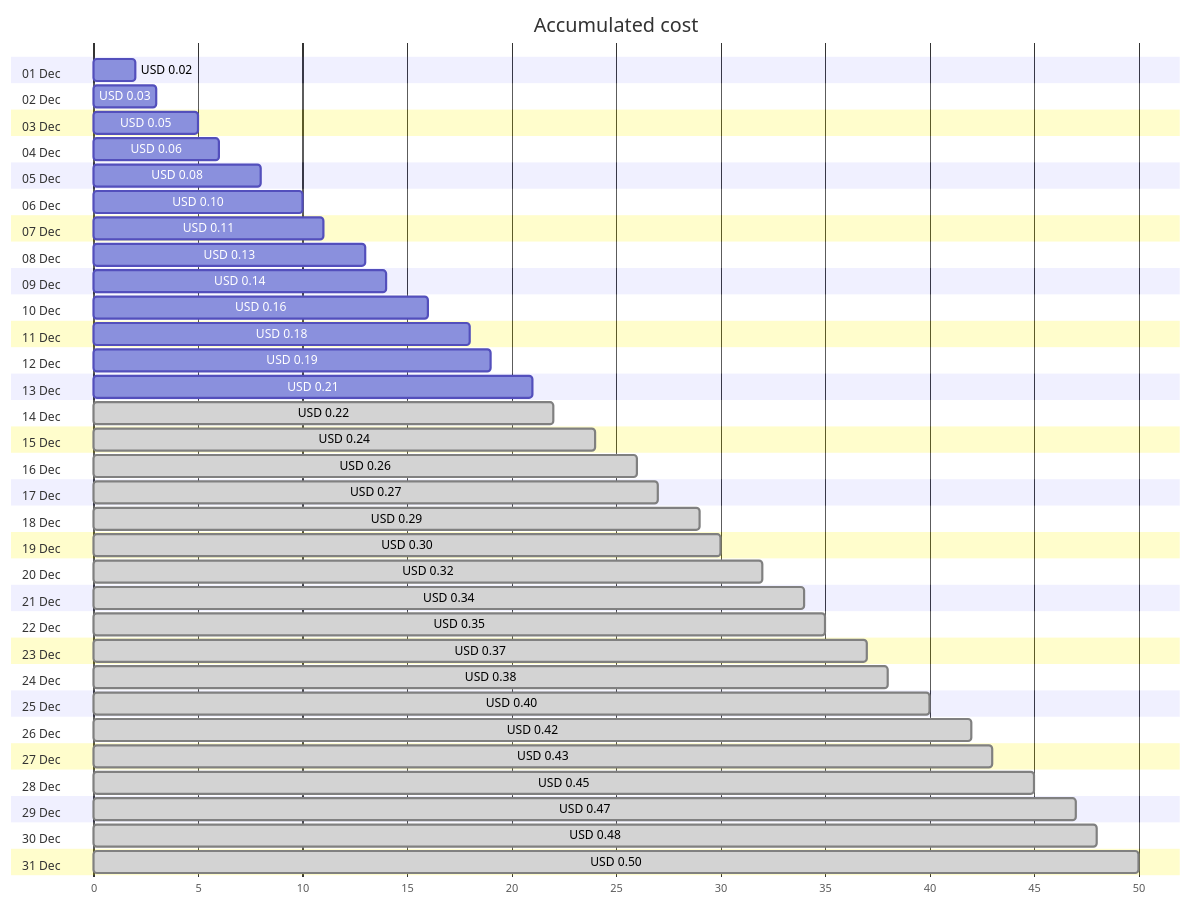
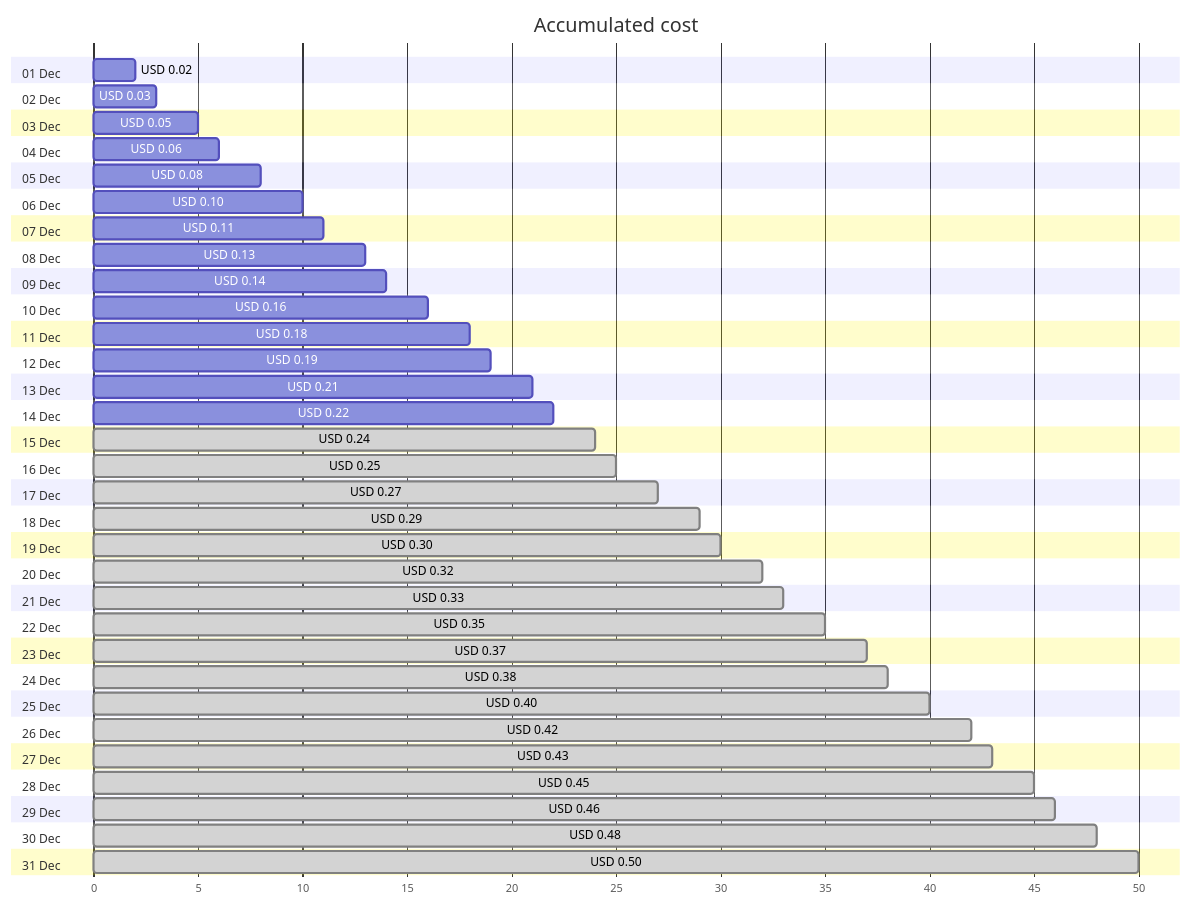
One commit to jpfulton/azure-personal-reports changed the first of 4 diagrams in cost-reports/personal-network/private.jpatrickfulton.com.md. Above: the diagram before and after it, drawn with Mermaid. The commit also changed other lines of this file and 8 other files, not shown here.

````diff
--- a/cost-reports/personal-network/private.jpatrickfulton.com.md
+++ b/cost-reports/personal-network/private.jpatrickfulton.com.md
@@ -20,68 +20,68 @@
 ```mermaid
 gantt
    title Accumulated cost
    dateFormat  X
    axisFormat %s
    section 01 Dec
    USD 0.02 :0, 2
    section 02 Dec
    USD 0.03 :0, 3
    section 03 Dec
    USD 0.05 :0, 5
    section 04 Dec
    USD 0.06 :0, 6
    section 05 Dec
    USD 0.08 :0, 8
    section 06 Dec
    USD 0.10 :0, 10
    section 07 Dec
    USD 0.11 :0, 11
    section 08 Dec
    USD 0.13 :0, 13
    section 09 Dec
    USD 0.14 :0, 14
    section 10 Dec
    USD 0.16 :0, 16
    section 11 Dec
    USD 0.18 :0, 18
    section 12 Dec
    USD 0.19 :0, 19
    section 13 Dec
    USD 0.21 :0, 21
    section 14 Dec
-   USD 0.22 : done, 0, 22
+   USD 0.22 :0, 22
    section 15 Dec
    USD 0.24 : done, 0, 24
    section 16 Dec
-   USD 0.26 : done, 0, 26
+   USD 0.25 : done, 0, 25
    section 17 Dec
    USD 0.27 : done, 0, 27
    section 18 Dec
    USD 0.29 : done, 0, 29
    section 19 Dec
    USD 0.30 : done, 0, 30
    section 20 Dec
    USD 0.32 : done, 0, 32
    section 21 Dec
-   USD 0.34 : done, 0, 34
+   USD 0.33 : done, 0, 33
    section 22 Dec
    USD 0.35 : done, 0, 35
    section 23 Dec
    USD 0.37 : done, 0, 37
    section 24 Dec
    USD 0.38 : done, 0, 38
    section 25 Dec
    USD 0.40 : done, 0, 40
    section 26 Dec
    USD 0.42 : done, 0, 42
    section 27 Dec
    USD 0.43 : done, 0, 43
    section 28 Dec
    USD 0.45 : done, 0, 45
    section 29 Dec
-   USD 0.47 : done, 0, 47
+   USD 0.46 : done, 0, 46
    section 30 Dec
    USD 0.48 : done, 0, 48
    section 31 Dec
    USD 0.50 : done, 0, 50
 ```
````
